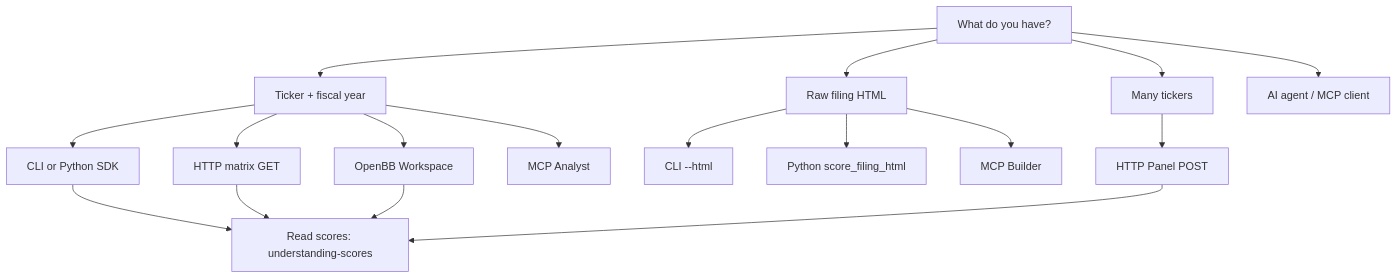
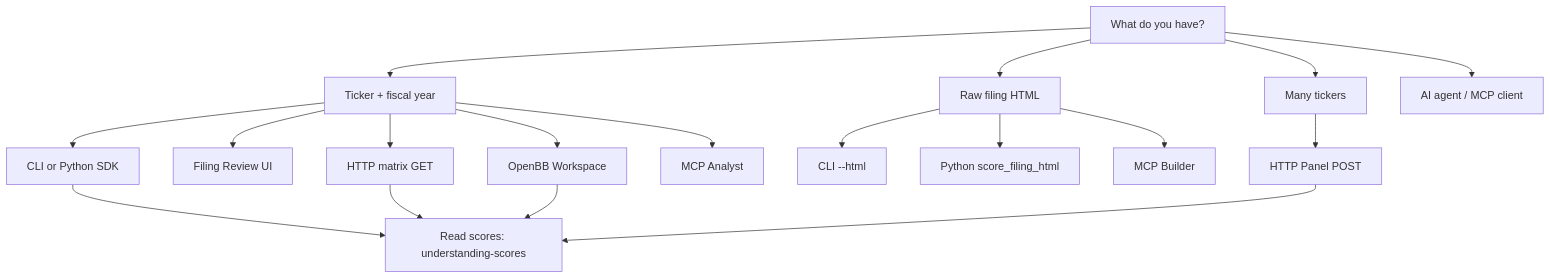
The diagram in docs/getting-started/choose-your-surface.md (alwank/disclosure-alpha), drawn with Mermaid before and after one commit. The commit also changed other lines of this file and 46 other files, not shown here.

Commit message:
feat: add self-hosted filing review UI

````diff
--- a/docs/getting-started/choose-your-surface.md
+++ b/docs/getting-started/choose-your-surface.md
@@ -7,29 +7,30 @@
 ```mermaid
 flowchart TD
   start["What do you have?"]
   ticker["Ticker + fiscal year"]
   html["Raw filing HTML"]
   batch["Many tickers"]
   agent["AI agent / MCP client"]
 
   start --> ticker
   start --> html
   start --> batch
   start --> agent
 
   ticker --> cli_t["CLI or Python SDK"]
+  ticker --> review_ui["Filing Review UI"]
   ticker --> http_t["HTTP matrix GET"]
   ticker --> openbb_d["OpenBB Workspace"]
   ticker --> mcp_a["MCP Analyst"]
 
   html --> cli_h["CLI --html"]
   html --> py_h["Python score_filing_html"]
   html --> mcp_b["MCP Builder"]
 
   batch --> panel["HTTP Panel POST"]
 
   cli_t --> read["Read scores: understanding-scores"]
   http_t --> read
   openbb_d --> read
   panel --> read
 ```
````
